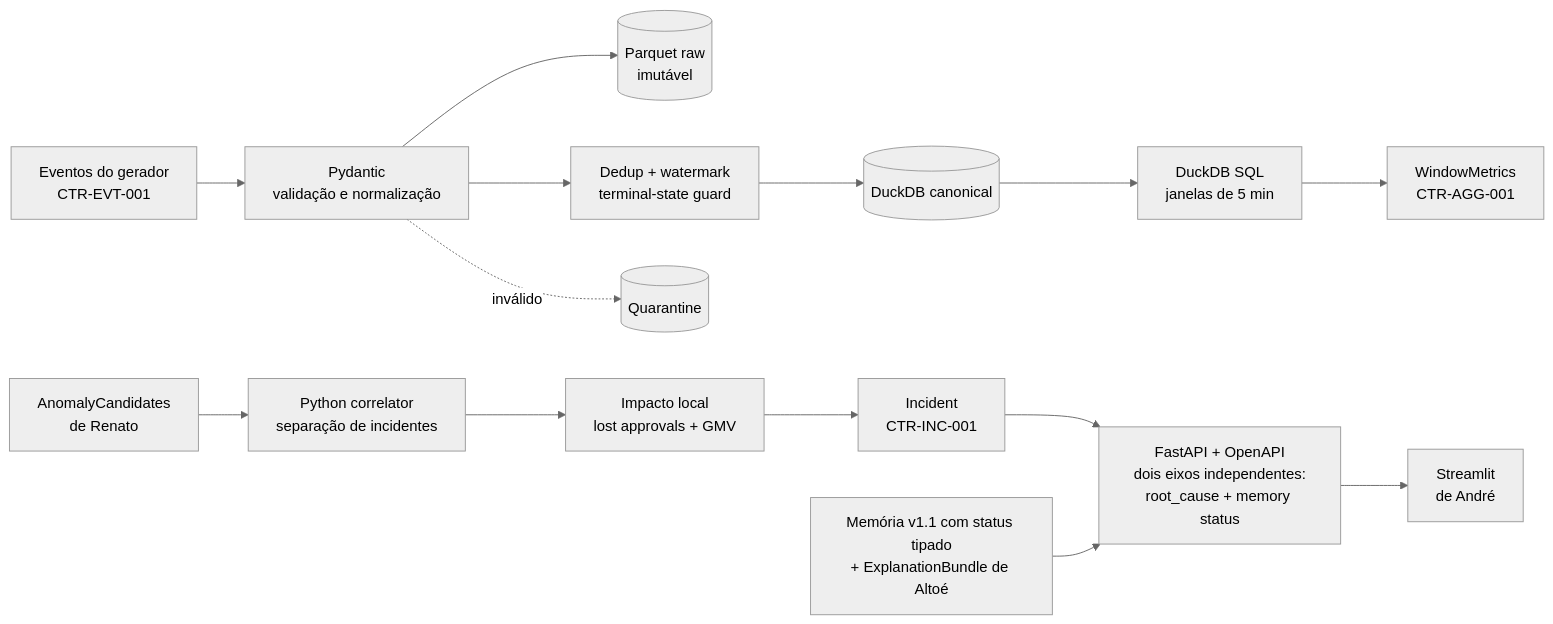
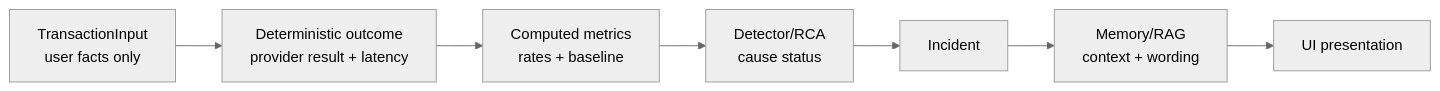
One commit to 1Renato7/LumenPrep changed the fourth of 4 diagrams in docs/plans/architecture-diagrams.md. Above: the diagram before and after it, drawn with Mermaid (neutral theme). The commit also changed other lines of this file and 9 other files, not shown here.

````diff
--- a/docs/plans/architecture-diagrams.md
+++ b/docs/plans/architecture-diagrams.md
@@ -79,16 +58,9 @@
 ```mermaid
 flowchart LR
-    A[Eventos do gerador<br/>CTR-EVT-001] --> B[Pydantic<br/>validação e normalização]
-    B --> C[(Parquet raw<br/>imutável)]
-    B --> D[Dedup + watermark<br/>terminal-state guard]
-    B -. inválido .-> E[(Quarantine)]
-    D --> F[(DuckDB canonical)]
-    F --> G[DuckDB SQL<br/>janelas de 5 min]
-    G --> H[WindowMetrics<br/>CTR-AGG-001]
-    I[AnomalyCandidates<br/>de Renato] --> J[Python correlator<br/>separação de incidentes]
-    J --> K[Impacto local<br/>lost approvals + GMV]
-    K --> L[Incident<br/>CTR-INC-001]
-    L --> M[FastAPI + OpenAPI<br/>dois eixos independentes:<br/>root_cause + memory status]
-    N[Memória v1.1 com status tipado<br/>+ ExplanationBundle de Altoé] --> M
-    M --> O[Streamlit<br/>de André]
+    INPUT[TransactionInput<br/>user facts only] --> OUT[Deterministic outcome<br/>provider result + latency]
+    OUT --> MET[Computed metrics<br/>rates + baseline]
+    MET --> RCA[Detector/RCA<br/>cause status]
+    RCA --> INC[Incident]
+    INC --> RAG[Memory/RAG<br/>context + wording]
+    RAG --> UI[UI presentation]
 ```
````
